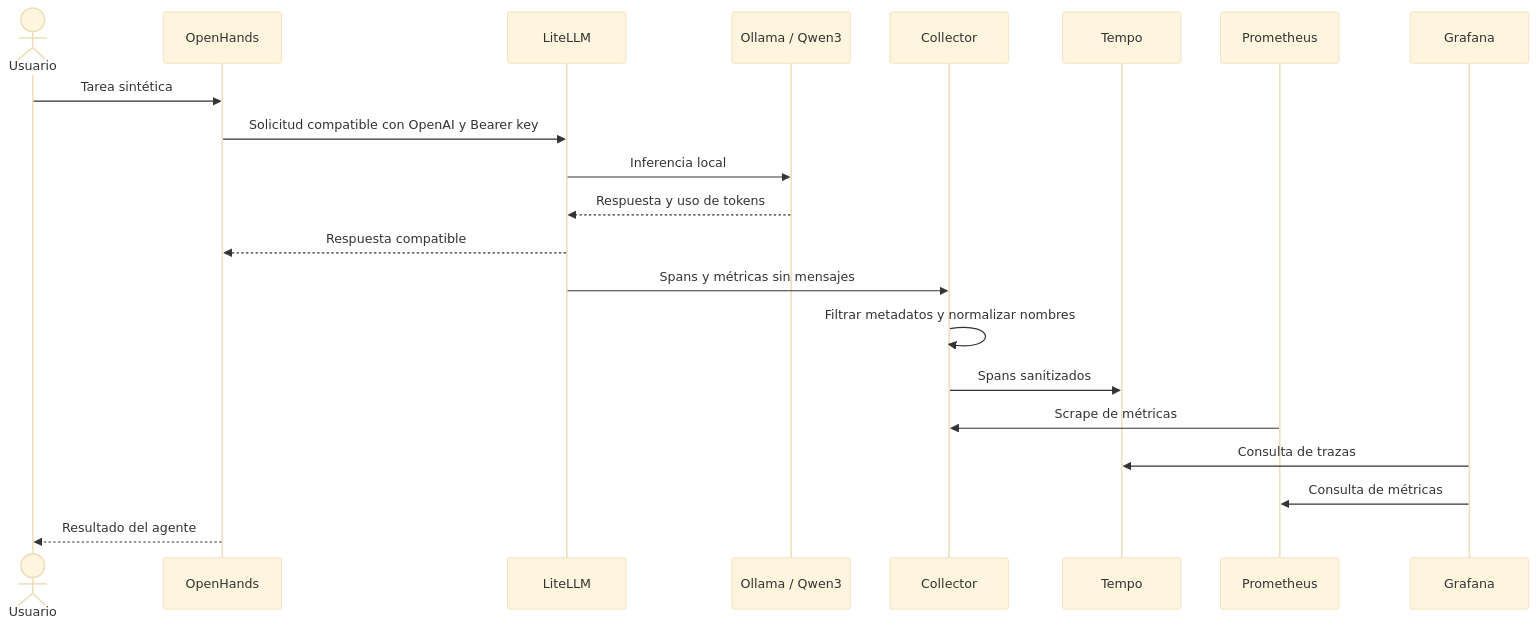
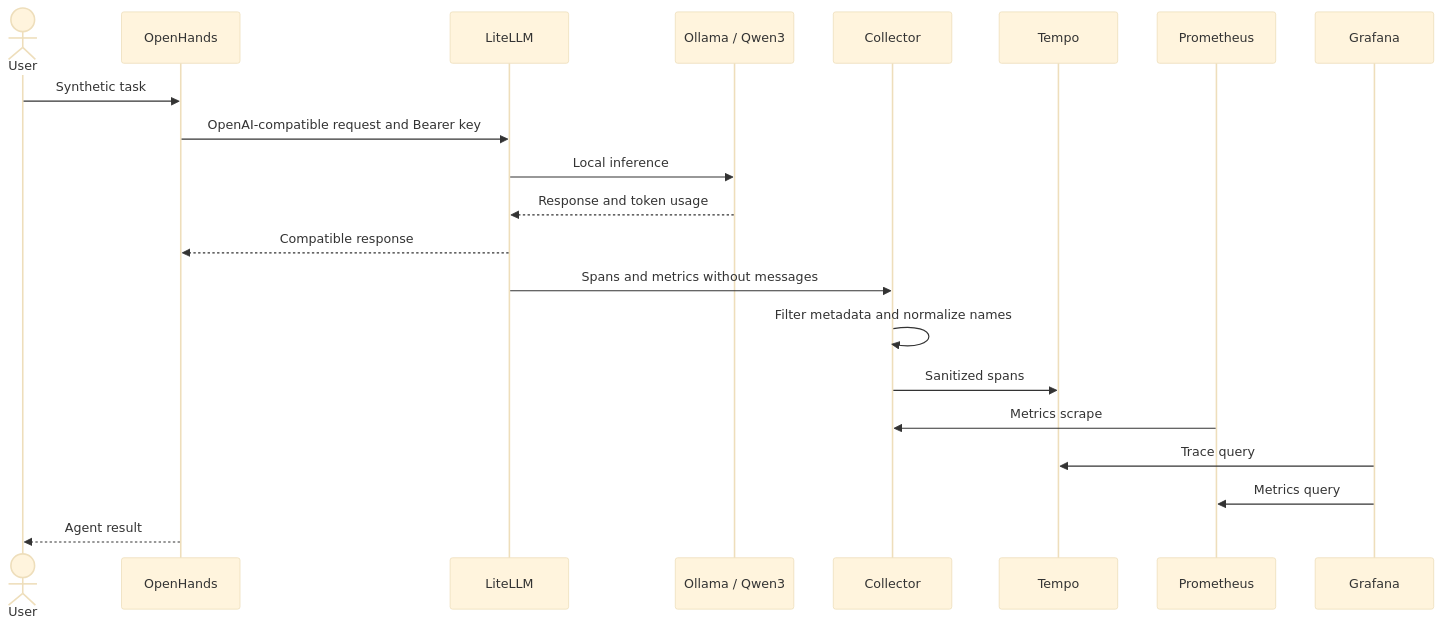
One commit to alejandro-onatra/local-agent-platform changed the third of 8 diagrams in docs/architecture/observability_diagrams.md. Above: the diagram before and after it, drawn with Mermaid (base theme). The commit also changed other lines of this file and 32 other files, not shown here.

````diff
--- a/docs/architecture/observability_diagrams.md
+++ b/docs/architecture/observability_diagrams.md
@@ -68,23 +68,23 @@
 ```mermaid
 sequenceDiagram
-    actor User as Usuario
+    actor User as User
     participant Agent as OpenHands
     participant Proxy as LiteLLM
     participant Model as Ollama / Qwen3
     participant Col as Collector
     participant Tempo as Tempo
     participant Prom as Prometheus
     participant Grafana as Grafana
-    User->>Agent: Tarea sintética
-    Agent->>Proxy: Solicitud compatible con OpenAI y Bearer key
-    Proxy->>Model: Inferencia local
-    Model-->>Proxy: Respuesta y uso de tokens
-    Proxy-->>Agent: Respuesta compatible
-    Proxy->>Col: Spans y métricas sin mensajes
-    Col->>Col: Filtrar metadatos y normalizar nombres
-    Col->>Tempo: Spans sanitizados
-    Prom->>Col: Scrape de métricas
-    Grafana->>Tempo: Consulta de trazas
-    Grafana->>Prom: Consulta de métricas
-    Agent-->>User: Resultado del agente
+    User->>Agent: Synthetic task
+    Agent->>Proxy: OpenAI-compatible request and Bearer key
+    Proxy->>Model: Local inference
+    Model-->>Proxy: Response and token usage
+    Proxy-->>Agent: Compatible response
+    Proxy->>Col: Spans and metrics without messages
+    Col->>Col: Filter metadata and normalize names
+    Col->>Tempo: Sanitized spans
+    Prom->>Col: Metrics scrape
+    Grafana->>Tempo: Trace query
+    Grafana->>Prom: Metrics query
+    Agent-->>User: Agent result
 ```
````
